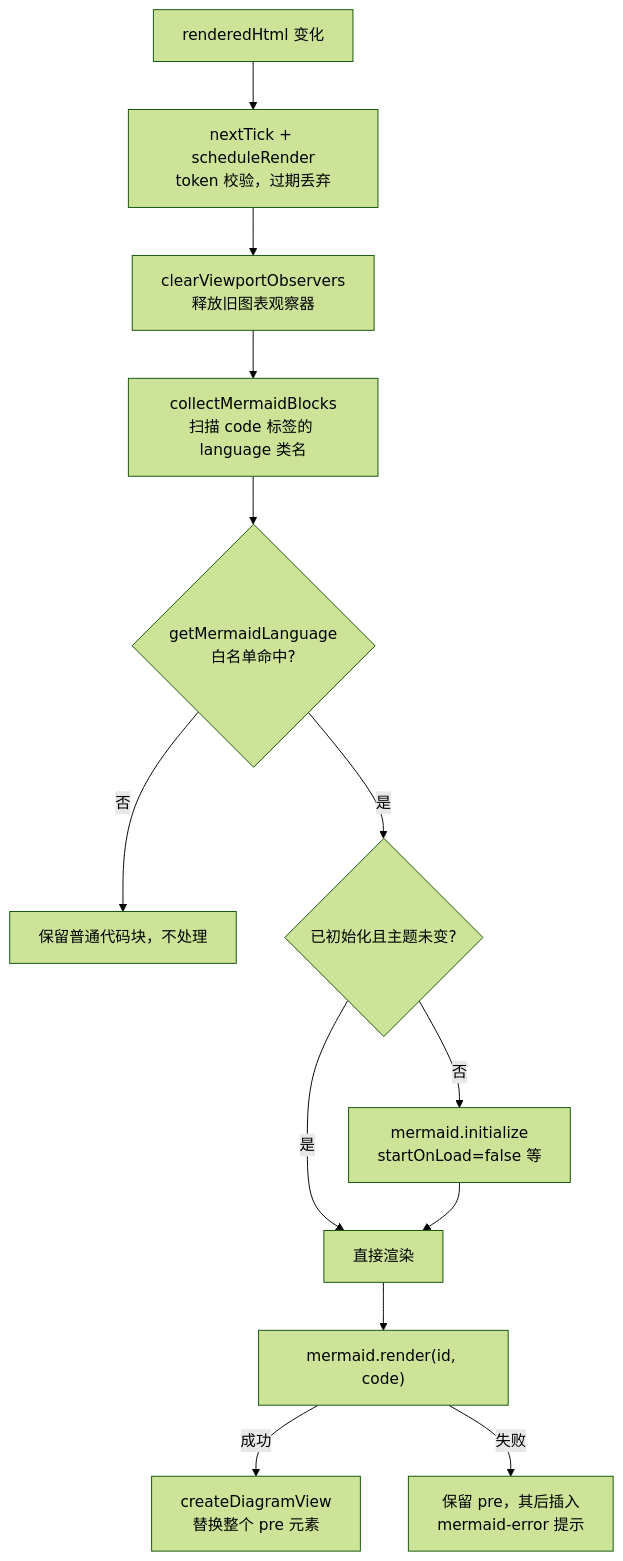
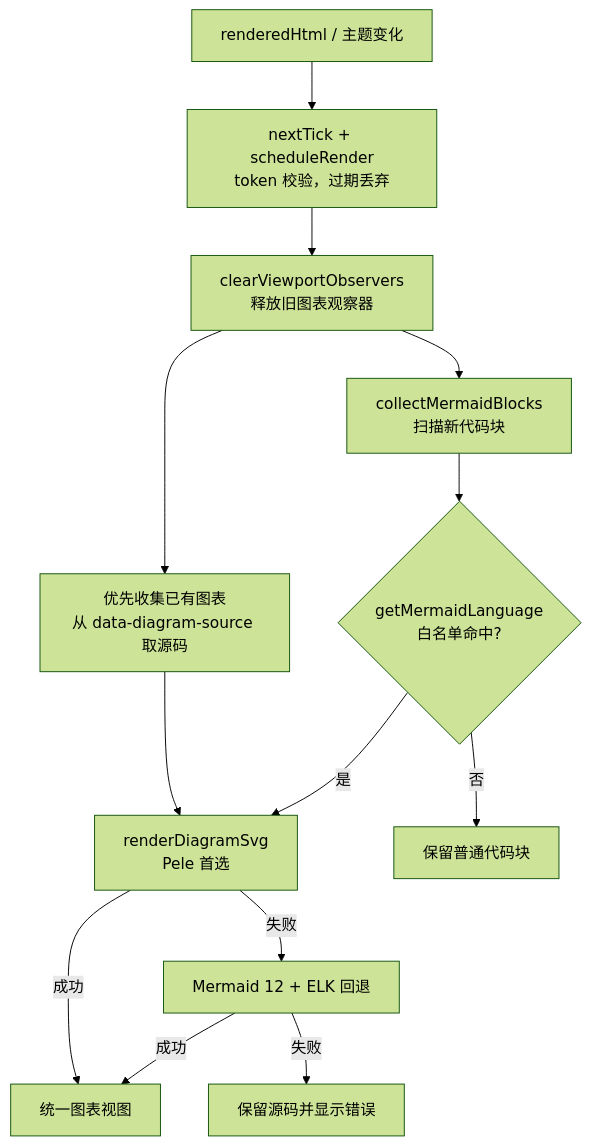
The first of 2 diagrams in docs/Mermaid图表与导出.md (Harley-xk/mark-it), drawn with Mermaid (forest theme) before and after one commit. The commit also changed other lines of this file and 22 other files, not shown here.

Commit message:
feat(preview): 统一图表渲染并修复主题切换重绘

````diff
--- a/docs/Mermaid图表与导出.md
+++ b/docs/Mermaid图表与导出.md
@@ -78,15 +79,15 @@
 ```mermaid
 flowchart TD
-    A["renderedHtml 变化"] --> B["nextTick + scheduleRender<br/>token 校验，过期丢弃"]
+    A["renderedHtml / 主题变化"] --> B["nextTick + scheduleRender<br/>token 校验，过期丢弃"]
     B --> C["clearViewportObservers<br/>释放旧图表观察器"]
-    C --> D["collectMermaidBlocks<br/>扫描 code 标签的 language 类名"]
-    D --> E{"getMermaidLanguage<br/>白名单命中?"}
-    E -- 否 --> F["保留普通代码块，不处理"]
-    E -- 是 --> G{"已初始化且主题未变?"}
-    G -- 否 --> H["mermaid.initialize<br/>startOnLoad=false 等"]
-    G -- 是 --> I["直接渲染"]
-    H --> I
-    I --> J["mermaid.render(id, code)"]
-    J -- 成功 --> K["createDiagramView<br/>替换整个 pre 元素"]
-    J -- 失败 --> L["保留 pre，其后插入<br/>mermaid-error 提示"]
+    C --> D["优先收集已有图表<br/>从 data-diagram-source 取源码"]
+    D --> E["renderDiagramSvg<br/>Pele 首选"]
+    E -- 成功 --> F["统一图表视图"]
+    E -- 失败 --> G["Mermaid 12 + ELK 回退"]
+    G -- 成功 --> F
+    G -- 失败 --> H["保留源码并显示错误"]
+    C --> I["collectMermaidBlocks<br/>扫描新代码块"]
+    I --> J{"getMermaidLanguage<br/>白名单命中?"}
+    J -- 否 --> K["保留普通代码块"]
+    J -- 是 --> E
 ```
````
